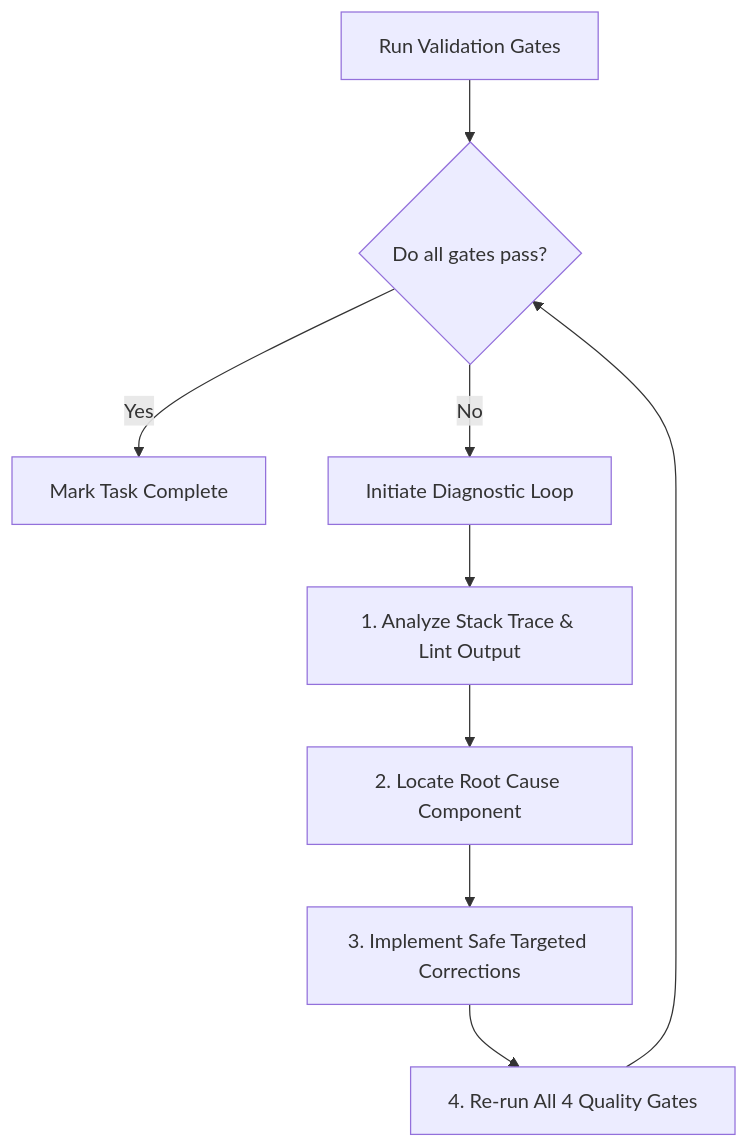
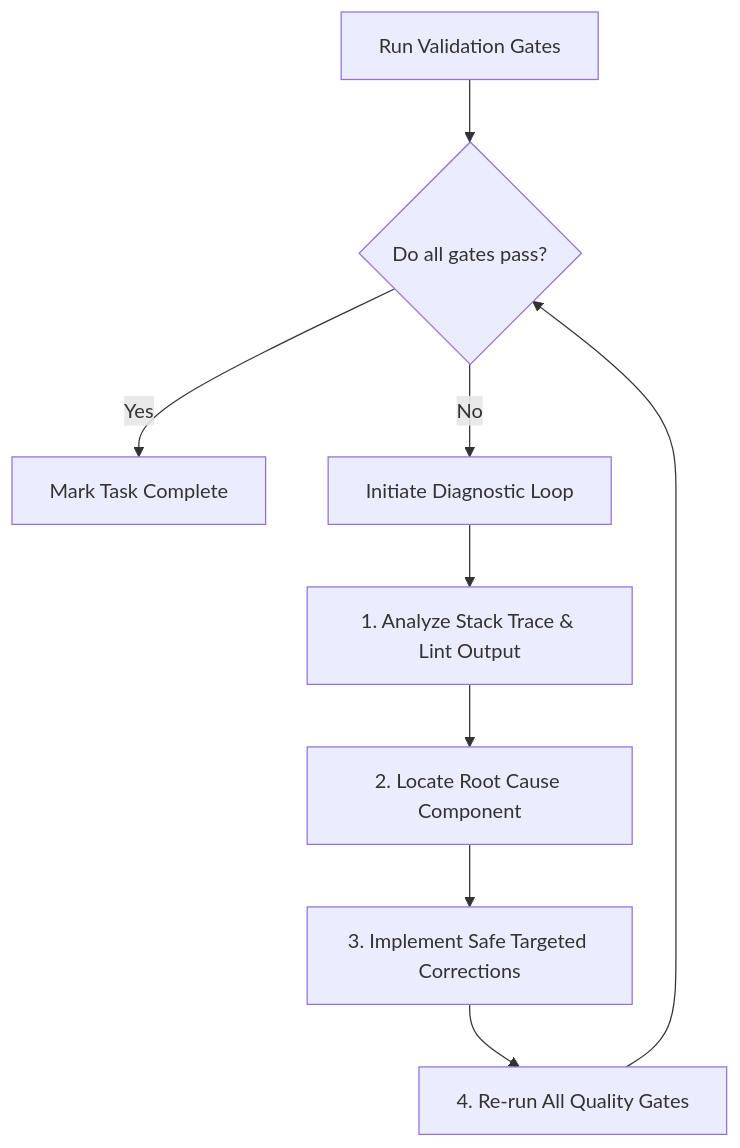
Before and after one commit to ghanshyam18/stock-manager-pro: the diagram in docs/ai/quality-gates.md, drawn with Mermaid. The commit also changed other lines of this file and 14 other files, not shown here.

````diff
--- a/docs/ai/quality-gates.md
+++ b/docs/ai/quality-gates.md
@@ -90,11 +80,11 @@
 ```mermaid
 graph TD
     A[Run Validation Gates] --> B{Do all gates pass?}
     B -- Yes --> C[Mark Task Complete]
     B -- No --> D[Initiate Diagnostic Loop]
     D --> E[1. Analyze Stack Trace & Lint Output]
     E --> F[2. Locate Root Cause Component]
     F --> G[3. Implement Safe Targeted Corrections]
-    G --> H[4. Re-run All 4 Quality Gates]
+    G --> H[4. Re-run All Quality Gates]
     H --> B
 ```
````
